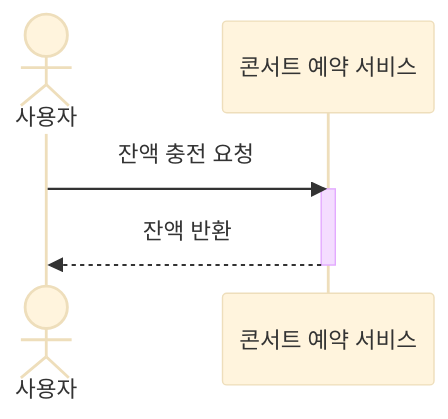
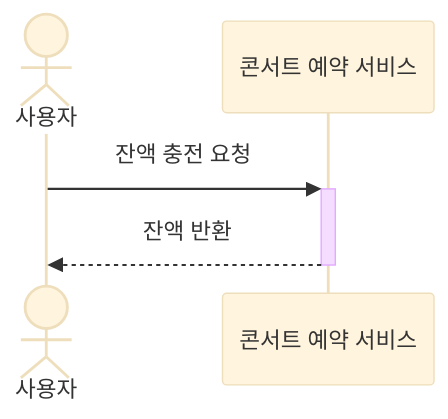
The fourth of 5 diagrams in README.md (wsdf25867/booking), drawn with Mermaid (base theme) before and after one commit. The commit also changed other lines of this file, not shown here.

Commit message:
docs(README): 시퀀스다이어그램 activate -> + 문법 적용

````diff
--- a/README.md
+++ b/README.md
@@ -94,10 +94,8 @@
 ```mermaid
 sequenceDiagram
     actor User as 사용자
     participant Service as 콘서트 예약 서비스
     
-    User->>Service: 잔액 충전 요청
-    activate Service
-    Service-->>User: 잔액 반환
-    deactivate Service
+    User->>+Service: 잔액 충전 요청
+    Service-->>-User: 잔액 반환
 ```
````
